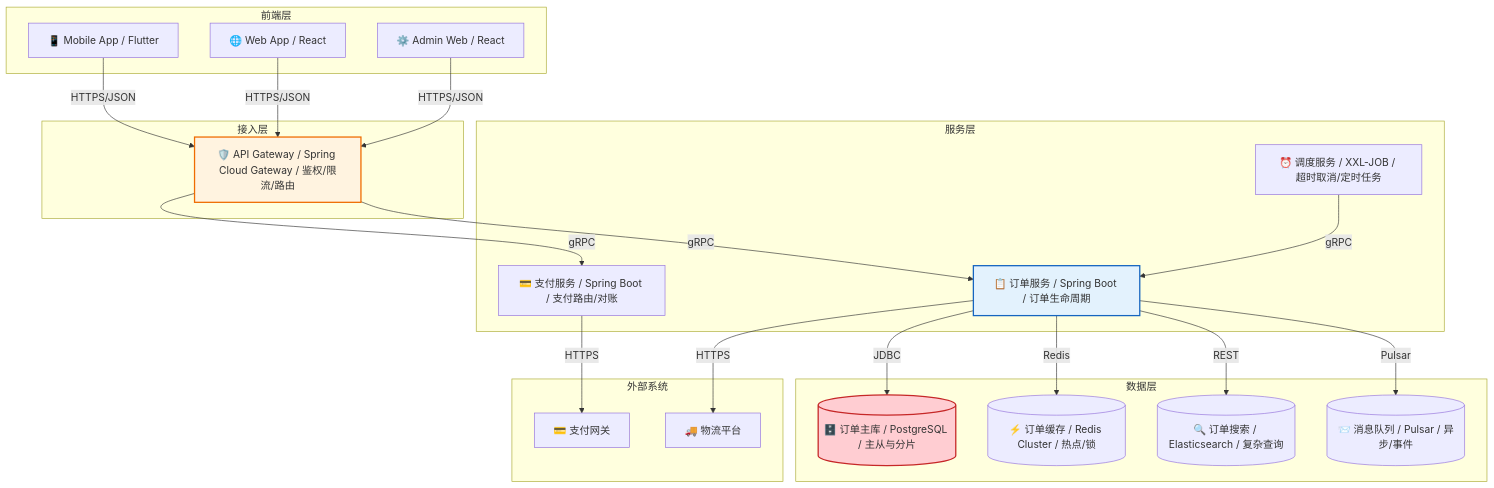
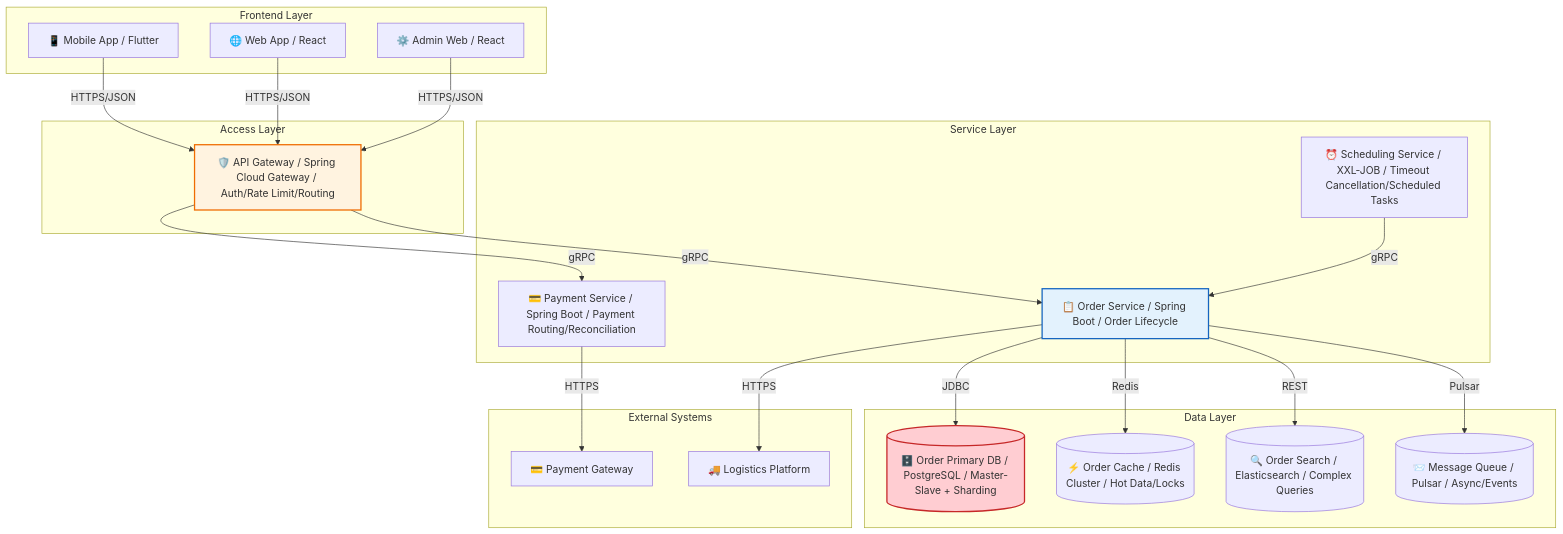
One commit to Kirky-X/cangjie changed the fifth of 15 diagrams in templates/产品/技术层/【模板】架构设计文档.md. Above: the diagram before and after it, drawn with Mermaid. The commit also changed other lines of this file and 60 other files, not shown here.

````diff
--- a/templates/产品/技术层/【模板】架构设计文档.md
+++ b/templates/产品/技术层/【模板】架构设计文档.md
@@ -235,47 +235,47 @@
 ```mermaid
 graph TB
-    subgraph 前端层
+    subgraph Frontend Layer
         F1[📱 Mobile App / Flutter]
         F2[🌐 Web App / React]
         F3[⚙️ Admin Web / React]
     end
 
-    subgraph 接入层
-        G1[🛡️ API Gateway / Spring Cloud Gateway / 鉴权/限流/路由]
+    subgraph Access Layer
+        G1[🛡️ API Gateway / Spring Cloud Gateway / Auth/Rate Limit/Routing]
     end
 
-    subgraph 服务层
-        S1[📋 订单服务 / Spring Boot / 订单生命周期]
-        S2[💳 支付服务 / Spring Boot / 支付路由/对账]
-        S3[⏰ 调度服务 / XXL-JOB / 超时取消/定时任务]
+    subgraph Service Layer
+        S1[📋 Order Service / Spring Boot / Order Lifecycle]
+        S2[💳 Payment Service / Spring Boot / Payment Routing/Reconciliation]
+        S3[⏰ Scheduling Service / XXL-JOB / Timeout Cancellation/Scheduled Tasks]
     end
 
-    subgraph 数据层
-        D1[(🗄️ 订单主库 / PostgreSQL / 主从与分片)]
-        D2[(⚡ 订单缓存 / Redis Cluster / 热点/锁)]
-        D3[(🔍 订单搜索 / Elasticsearch / 复杂查询)]
-        D4[(📨 消息队列 / Pulsar / 异步/事件)]
+    subgraph Data Layer
+        D1[(🗄️ Order Primary DB / PostgreSQL / Master-Slave + Sharding)]
+        D2[(⚡ Order Cache / Redis Cluster / Hot Data/Locks)]
+        D3[(🔍 Order Search / Elasticsearch / Complex Queries)]
+        D4[(📨 Message Queue / Pulsar / Async/Events)]
     end
 
-    subgraph 外部系统
-        E1[💳 支付网关]
-        E2[🚚 物流平台]
+    subgraph External Systems
+        E1[💳 Payment Gateway]
+        E2[🚚 Logistics Platform]
     end
 
     F1 --> |HTTPS/JSON| G1
     F2 --> |HTTPS/JSON| G1
     F3 --> |HTTPS/JSON| G1
     G1 -->|gRPC| S1
     G1 -->|gRPC| S2
     S1 -->|JDBC| D1
     S1 -->|Redis| D2
     S1 -->|REST| D3
     S1 -->|Pulsar| D4
     S2 -->|HTTPS| E1
     S1 -->|HTTPS| E2
     S3 -->|gRPC| S1
 
     style G1 fill:#fff3e0,stroke:#ef6c00,stroke-width:2px
     style S1 fill:#e3f2fd,stroke:#1565c0,stroke-width:2px
     style D1 fill:#ffcdd2,stroke:#c62828,stroke-width:2px
 ```
````
